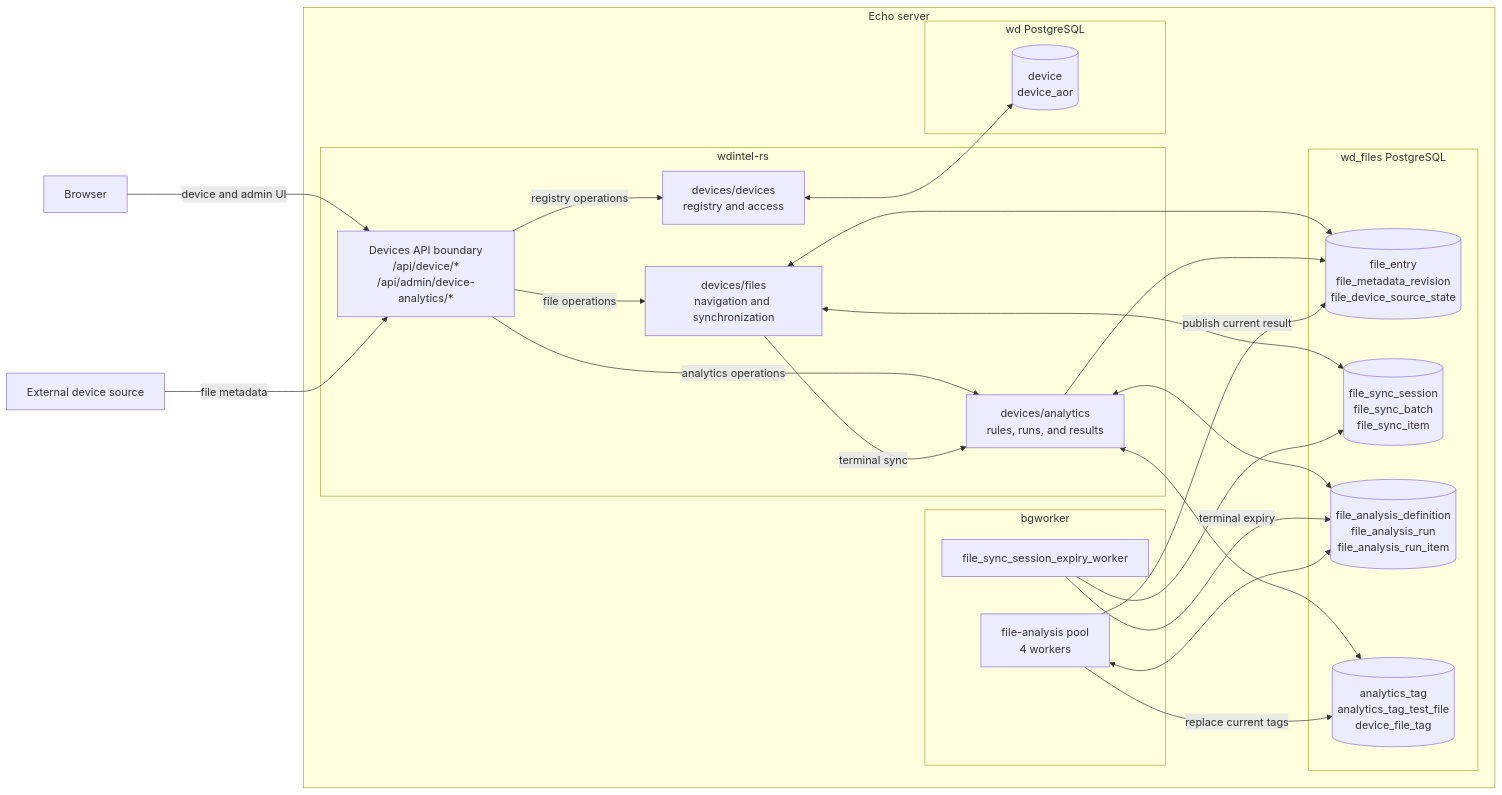
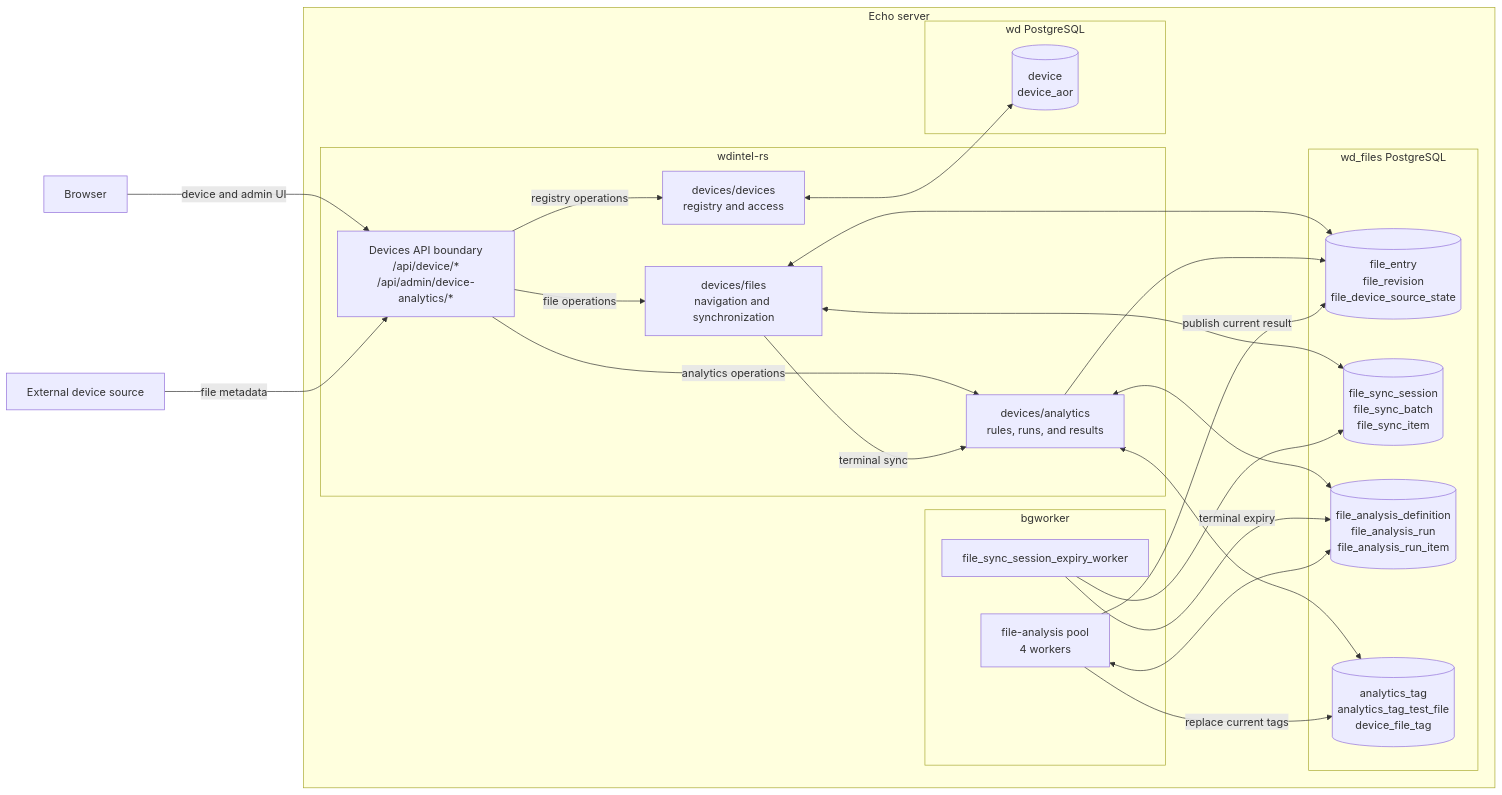
One commit to murczyk/echo changed the diagram in archive/2026-07-29-devices/README.md. Above: the diagram before and after it, drawn with Mermaid. The commit also changed 27 other files, not shown here.

````diff
--- a/archive/2026-07-29-devices/README.md
+++ b/archive/2026-07-29-devices/README.md
@@ -13,49 +13,49 @@
 ```mermaid
 flowchart LR
     Browser["Browser"]
     DeviceSource["External device source"]
 
     subgraph Host["Echo server"]
         subgraph Backend["wdintel-rs"]
             API["Devices API boundary<br/>/api/device/*<br/>/api/admin/device-analytics/*"]
             Devices["devices/devices<br/>registry and access"]
             Files["devices/files<br/>navigation and synchronization"]
             Analytics["devices/analytics<br/>rules, runs, and results"]
         end
 
         subgraph Workers["bgworker"]
             ExpiryWorker["file_sync_session_expiry_worker"]
             AnalysisWorkers["file-analysis pool<br/>4 workers"]
         end
 
         subgraph MainPostgreSQL["wd PostgreSQL"]
             DeviceStore[("device<br/>device_aor")]
         end
 
         subgraph FilePostgreSQL["wd_files PostgreSQL"]
-            FileStore[("file_entry<br/>file_metadata_revision<br/>file_device_source_state")]
+            FileStore[("file_entry<br/>file_revision<br/>file_device_source_state")]
             SyncStore[("file_sync_session<br/>file_sync_batch<br/>file_sync_item")]
             AnalysisStore[("file_analysis_definition<br/>file_analysis_run<br/>file_analysis_run_item")]
             TagStore[("analytics_tag<br/>analytics_tag_test_file<br/>device_file_tag")]
         end
 
         API -->|"registry operations"| Devices
         API -->|"file operations"| Files
         API -->|"analytics operations"| Analytics
         Devices <--> DeviceStore
         Files <--> FileStore
         Files <--> SyncStore
         Files -->|"terminal sync"| Analytics
         Analytics <--> AnalysisStore
         Analytics <--> TagStore
         Analytics --> FileStore
         ExpiryWorker --> SyncStore
         ExpiryWorker -->|"terminal expiry"| AnalysisStore
         AnalysisWorkers <--> AnalysisStore
         AnalysisWorkers -->|"publish current result"| FileStore
         AnalysisWorkers -->|"replace current tags"| TagStore
     end
 
     Browser -->|"device and admin UI"| API
     DeviceSource -->|"file metadata"| API
 ```
````
